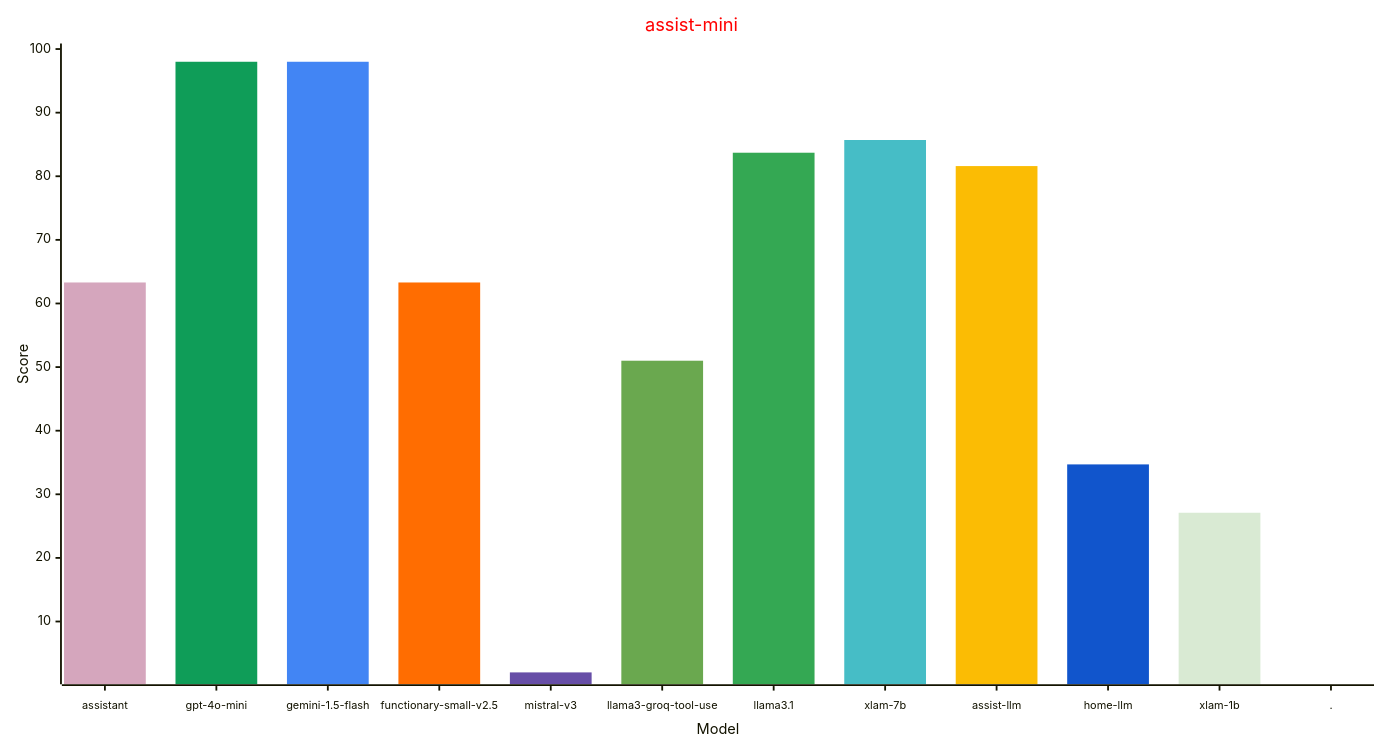
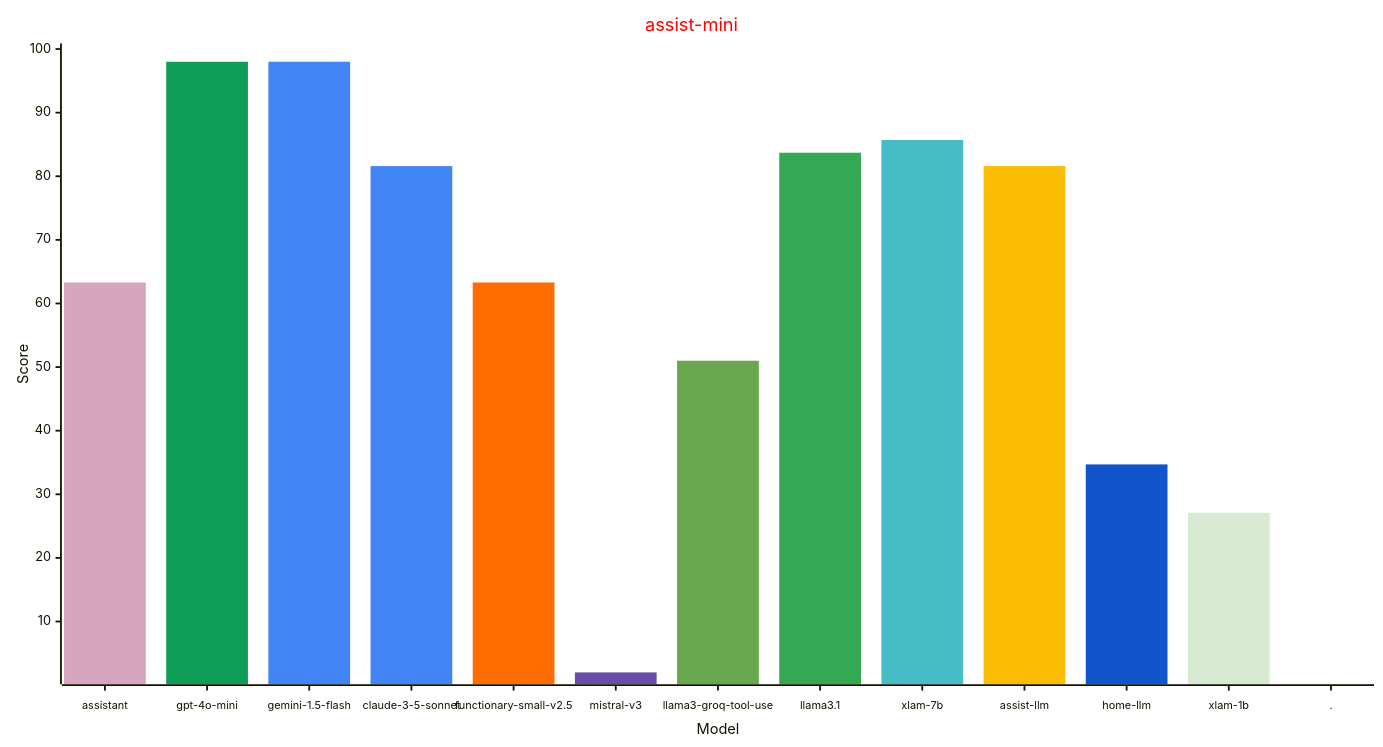
One commit to allenporter/home-assistant-datasets changed the second of 3 diagrams in reports/README.md. Above: the diagram before and after it, drawn with Mermaid. The commit also changed other lines of this file and 53 other files, not shown here.

Commit message:
Update claude assist-mini leaderboard

````diff
--- a/reports/README.md
+++ b/reports/README.md
@@ -86,32 +87,33 @@
 ```mermaid
 ---
 config:
     xyChart:
         width: 1500
         height: 800
         xAxis:
           labelFontSize: 12
           labelPadding: 8
     themeVariables:
         xyChart:
             titleColor: "#ff0000"
-            plotColorPalette: "#d5a6bd, #0f9d58, #4285f4, #ff6d01, #674ea7, #6aa84f, #34a853, #46bdc6, #fbbc04, #1155cc, #d9ead3, #4285f4"
+            plotColorPalette: "#d5a6bd, #0f9d58, #4285f4, #4285f4, #ff6d01, #674ea7, #6aa84f, #34a853, #46bdc6, #fbbc04, #1155cc, #d9ead3, #4285f4"
 
 ---
 xychart-beta
   title "assist-mini"
-  x-axis "Model" [assistant, gpt-4o-mini, gemini-1.5-flash, functionary-small-v2.5, mistral-v3, llama3-groq-tool-use, llama3.1, xlam-7b, assist-llm, home-llm, xlam-1b, .]
+  x-axis "Model" [assistant, gpt-4o-mini, gemini-1.5-flash, claude-3-5-sonnet, functionary-small-v2.5, mistral-v3, llama3-groq-tool-use, llama3.1, xlam-7b, assist-llm, home-llm, xlam-1b, .]
   y-axis "Score" 1 --> 100
-  bar [63.3, 0.0, 0.0, 0.0, 0.0, 0.0, 0.0, 0.0, 0.0, 0.0, 0.0, 0.0]
-  bar [0.0, 98.0, 0.0, 0.0, 0.0, 0.0, 0.0, 0.0, 0.0, 0.0, 0.0, 0.0]
-  bar [0.0, 0.0, 98.0, 0.0, 0.0, 0.0, 0.0, 0.0, 0.0, 0.0, 0.0, 0.0]
-  bar [0.0, 0.0, 0.0, 63.3, 0.0, 0.0, 0.0, 0.0, 0.0, 0.0, 0.0, 0.0]
-  bar [0.0, 0.0, 0.0, 0.0, 2.0, 0.0, 0.0, 0.0, 0.0, 0.0, 0.0, 0.0]
-  bar [0.0, 0.0, 0.0, 0.0, 0.0, 51.0, 0.0, 0.0, 0.0, 0.0, 0.0, 0.0]
-  bar [0.0, 0.0, 0.0, 0.0, 0.0, 0.0, 83.7, 0.0, 0.0, 0.0, 0.0, 0.0]
-  bar [0.0, 0.0, 0.0, 0.0, 0.0, 0.0, 0.0, 85.7, 0.0, 0.0, 0.0, 0.0]
-  bar [0.0, 0.0, 0.0, 0.0, 0.0, 0.0, 0.0, 0.0, 81.6, 0.0, 0.0, 0.0]
-  bar [0.0, 0.0, 0.0, 0.0, 0.0, 0.0, 0.0, 0.0, 0.0, 34.7, 0.0, 0.0]
-  bar [0.0, 0.0, 0.0, 0.0, 0.0, 0.0, 0.0, 0.0, 0.0, 0.0, 27.1, 0.0]
-  bar [0.0, 0.0, 0.0, 0.0, 0.0, 0.0, 0.0, 0.0, 0.0, 0.0, 0.0, -1.0]
+  bar [63.3, 0.0, 0.0, 0.0, 0.0, 0.0, 0.0, 0.0, 0.0, 0.0, 0.0, 0.0, 0.0]
+  bar [0.0, 98.0, 0.0, 0.0, 0.0, 0.0, 0.0, 0.0, 0.0, 0.0, 0.0, 0.0, 0.0]
+  bar [0.0, 0.0, 98.0, 0.0, 0.0, 0.0, 0.0, 0.0, 0.0, 0.0, 0.0, 0.0, 0.0]
+  bar [0.0, 0.0, 0.0, 81.6, 0.0, 0.0, 0.0, 0.0, 0.0, 0.0, 0.0, 0.0, 0.0]
+  bar [0.0, 0.0, 0.0, 0.0, 63.3, 0.0, 0.0, 0.0, 0.0, 0.0, 0.0, 0.0, 0.0]
+  bar [0.0, 0.0, 0.0, 0.0, 0.0, 2.0, 0.0, 0.0, 0.0, 0.0, 0.0, 0.0, 0.0]
+  bar [0.0, 0.0, 0.0, 0.0, 0.0, 0.0, 51.0, 0.0, 0.0, 0.0, 0.0, 0.0, 0.0]
+  bar [0.0, 0.0, 0.0, 0.0, 0.0, 0.0, 0.0, 83.7, 0.0, 0.0, 0.0, 0.0, 0.0]
+  bar [0.0, 0.0, 0.0, 0.0, 0.0, 0.0, 0.0, 0.0, 85.7, 0.0, 0.0, 0.0, 0.0]
+  bar [0.0, 0.0, 0.0, 0.0, 0.0, 0.0, 0.0, 0.0, 0.0, 81.6, 0.0, 0.0, 0.0]
+  bar [0.0, 0.0, 0.0, 0.0, 0.0, 0.0, 0.0, 0.0, 0.0, 0.0, 34.7, 0.0, 0.0]
+  bar [0.0, 0.0, 0.0, 0.0, 0.0, 0.0, 0.0, 0.0, 0.0, 0.0, 0.0, 27.1, 0.0]
+  bar [0.0, 0.0, 0.0, 0.0, 0.0, 0.0, 0.0, 0.0, 0.0, 0.0, 0.0, 0.0, -1.0]
 ```
````
